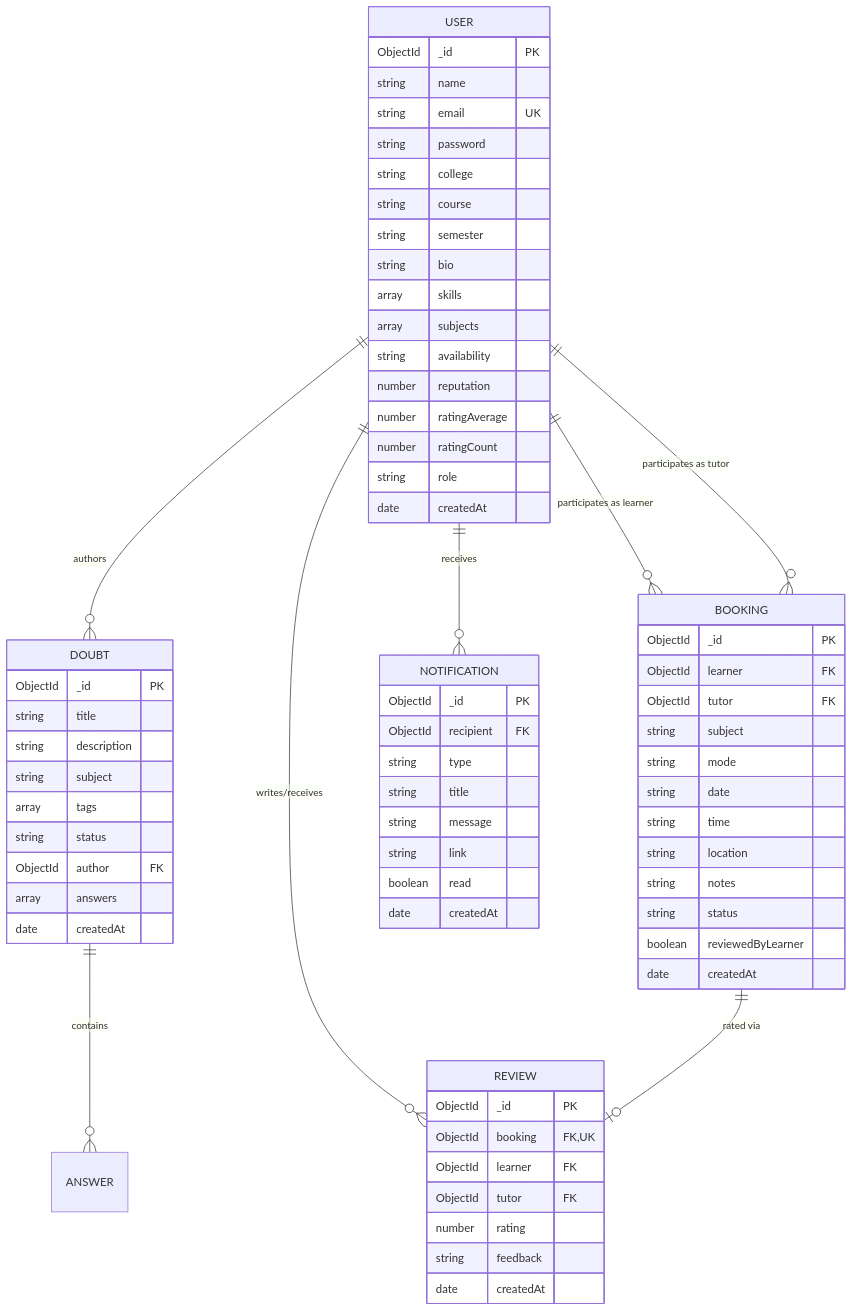
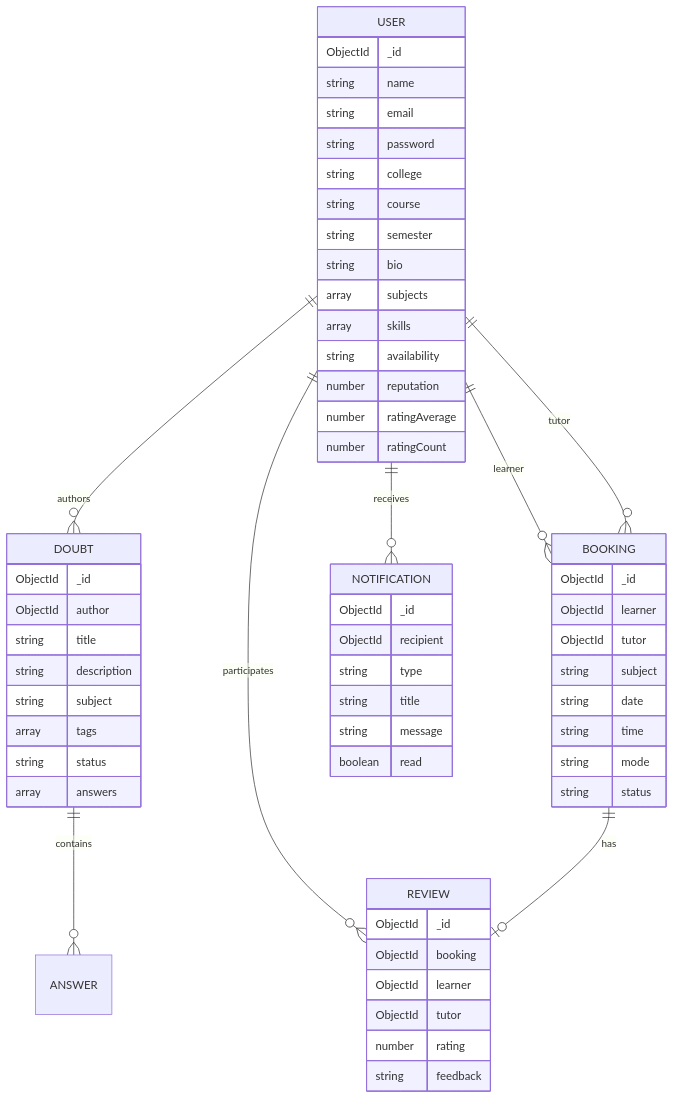
The second of 5 diagrams in docs/ARCHITECTURE.md (vincentcibin-a11y/EduBridge), drawn with Mermaid before and after one commit. The commit also changed other lines of this file, not shown here.

Commit message:
docs: align technical report and architecture with MCA project guidelines

````diff
--- a/docs/ARCHITECTURE.md
+++ b/docs/ARCHITECTURE.md
@@ -81,77 +69,63 @@
 ```mermaid
 erDiagram
-    USER ||--o{ DOUBT : "authors"
-    USER ||--o{ BOOKING : "participates as learner"
-    USER ||--o{ BOOKING : "participates as tutor"
-    USER ||--o{ REVIEW : "writes/receives"
-    USER ||--o{ NOTIFICATION : "receives"
-    DOUBT ||--o{ ANSWER : "contains"
-    BOOKING ||--o| REVIEW : "rated via"
+    USER ||--o{ DOUBT : authors
+    USER ||--o{ BOOKING : learner
+    USER ||--o{ BOOKING : tutor
+    USER ||--o{ NOTIFICATION : receives
+    USER ||--o{ REVIEW : participates
+    DOUBT ||--o{ ANSWER : contains
+    BOOKING ||--o| REVIEW : has
 
     USER {
-        ObjectId _id PK
-        string name
-        string email UK
-        string password
-        string college
-        string course
-        string semester
-        string bio
-        array skills
-        array subjects
-        string availability
-        number reputation
-        number ratingAverage
-        number ratingCount
-        string role
-        date createdAt
+      ObjectId _id
+      string name
+      string email
+      string password
+      string college
+      string course
+      string semester
+      string bio
+      array subjects
+      array skills
+      string availability
+      number reputation
+      number ratingAverage
+      number ratingCount
     }
-
     DOUBT {
-        ObjectId _id PK
-        string title
-        string description
-        string subject
-        array tags
-        string status
-        ObjectId author FK
-        array answers
-        date createdAt
+      ObjectId _id
+      ObjectId author
+      string title
+      string description
+      string subject
+      array tags
+      string status
+      array answers
     }
-
     BOOKING {
-        ObjectId _id PK
-        ObjectId learner FK
-        ObjectId tutor FK
-        string subject
-        string mode
-        string date
-        string time
-        string location
-        string notes
-        string status
-        boolean reviewedByLearner
-        date createdAt
+      ObjectId _id
+      ObjectId learner
+      ObjectId tutor
+      string subject
+      string date
+      string time
+      string mode
+      string status
     }
-
+    NOTIFICATION {
+      ObjectId _id
+      ObjectId recipient
+      string type
+      string title
+      string message
+      boolean read
+    }
     REVIEW {
-        ObjectId _id PK
-        ObjectId booking FK,UK
-        ObjectId learner FK
-        ObjectId tutor FK
-        number rating
-        string feedback
-        date createdAt
-    }
-
-    NOTIFICATION {
-        ObjectId _id PK
-        ObjectId recipient FK
-        string type
-        string title
-        string message
-        string link
-        boolean read
-        date createdAt
+      ObjectId _id
+      ObjectId booking
+      ObjectId learner
+      ObjectId tutor
+      number rating
+      string feedback
     }
 ```
````
